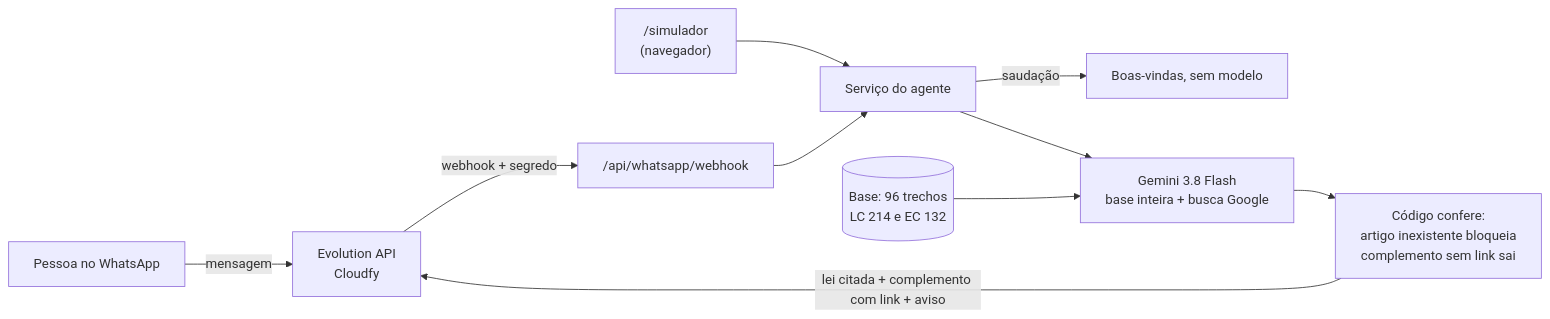
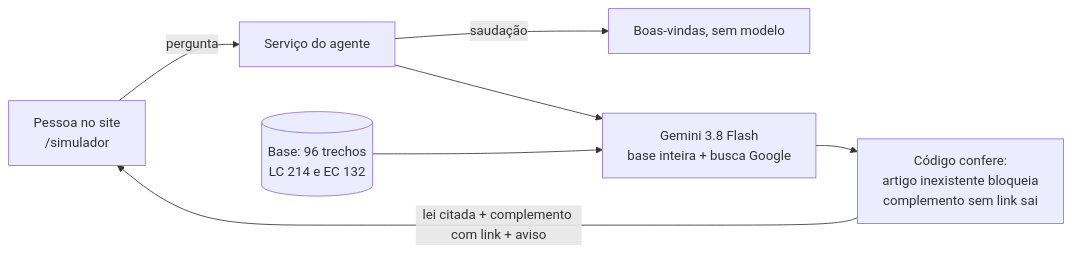
Before and after one commit to assessoriaautomatizaai-blip/post-grad-foundations: the diagram in README.md, drawn with Mermaid. The commit also changed other lines of this file and 3 other files, not shown here.

First line of the commit message:
docs: apresenta o projeto como chat com IA no site e retira o WhatsApp da entrega

````diff
--- a/README.md
+++ b/README.md
@@ -38,12 +40,9 @@
 ```mermaid
 flowchart LR
-  U[Pessoa no WhatsApp] -->|mensagem| E[Evolution API<br/>Cloudfy]
-  E -->|webhook + segredo| W["/api/whatsapp/webhook"]
-  S["/simulador<br/>(navegador)"] --> A
-  W --> A[Serviço do agente]
+  S["Pessoa no site<br/>/simulador"] -->|pergunta| A[Serviço do agente]
   A -->|saudação| BV[Boas-vindas, sem modelo]
   A --> G[Gemini 3.8 Flash<br/>base inteira + busca Google]
   K[(Base: 96 trechos<br/>LC 214 e EC 132)] --> G
   G --> V[Código confere:<br/>artigo inexistente bloqueia<br/>complemento sem link sai]
-  V -->|lei citada + complemento com link + aviso| E
+  V -->|lei citada + complemento com link + aviso| S
 ```
````
